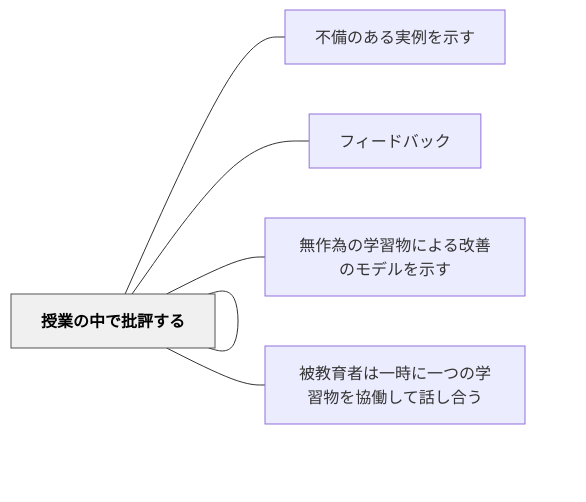
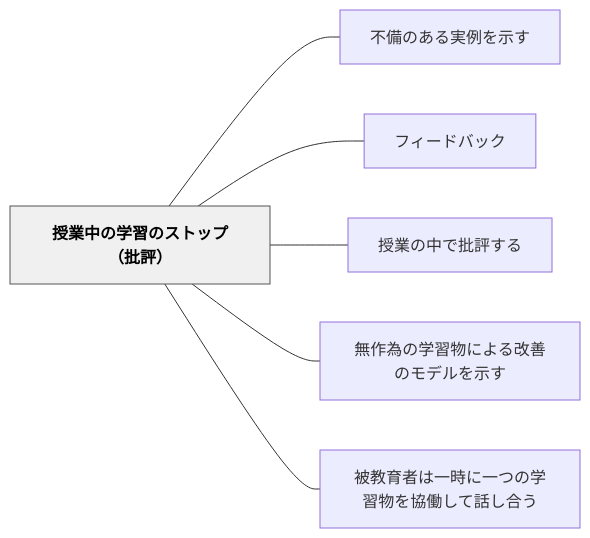
One commit to unknownthings-ed-patterns/unknownthings-ed-patterns changed the diagram in content/パタン/授業中の学習のストップ（批評）.md. Above: the diagram before and after it, drawn with Mermaid. The commit also changed 527 other files, not shown here.

````diff
--- a/content/パタン/授業中の学習のストップ（批評）.md
+++ b/content/パタン/授業中の学習のストップ（批評）.md
@@ -53,18 +53,18 @@
 ```mermaid
 flowchart LR
-    ne68e88e6a5ad["授業中の学習のストップ（批評）"]
-    ne4b88de58299["不備のある実例を示す"]
-    ne38395e382a3["フィードバック"]
-    ne68e88e6a5ad["授業の中で批評する"]
-    ne784a1e4bd9c["無作為の学習物による改善のモデルを示す"]
-    ne8a2abe69599["被教育者は一時に一つの学習物を協働して話し合う"]
+    ne68e88e6a5ade4b8ade381aee5ada6e7bf92e381aee382b9e38388e38383e38397efbc88e689b9e8a995efbc89["授業中の学習のストップ（批評）"]
+    ne4b88de58299e381aee38182e3828be5ae9fe4be8be38292e7a4bae38199["不備のある実例を示す"]
+    ne38395e382a3e383bce38389e38390e38383e382af["フィードバック"]
+    ne68e88e6a5ade381aee4b8ade381a7e689b9e8a995e38199e3828b["授業の中で批評する"]
+    ne784a1e4bd9ce782bae381aee5ada6e7bf92e789a9e381abe38288e3828be694b9e59684e381aee383a2e38387e383abe38292e7a4bae38199["無作為の学習物による改善のモデルを示す"]
+    ne8a2abe69599e882b2e88085e381afe4b880e69982e381abe4b880e381a4e381aee5ada6e7bf92e789a9e38292e58d94e5838de38197e381a6e8a9b1e38197e59088e38186["被教育者は一時に一つの学習物を協働して話し合う"]
 
-    ne68e88e6a5ad --- ne4b88de58299
-    ne68e88e6a5ad --- ne38395e382a3
-    ne68e88e6a5ad --- ne68e88e6a5ad
-    ne68e88e6a5ad --- ne784a1e4bd9c
-    ne68e88e6a5ad --- ne8a2abe69599
+    ne68e88e6a5ade4b8ade381aee5ada6e7bf92e381aee382b9e38388e38383e38397efbc88e689b9e8a995efbc89 --- ne4b88de58299e381aee38182e3828be5ae9fe4be8be38292e7a4bae38199
+    ne68e88e6a5ade4b8ade381aee5ada6e7bf92e381aee382b9e38388e38383e38397efbc88e689b9e8a995efbc89 --- ne38395e382a3e383bce38389e38390e38383e382af
+    ne68e88e6a5ade4b8ade381aee5ada6e7bf92e381aee382b9e38388e38383e38397efbc88e689b9e8a995efbc89 --- ne68e88e6a5ade381aee4b8ade381a7e689b9e8a995e38199e3828b
+    ne68e88e6a5ade4b8ade381aee5ada6e7bf92e381aee382b9e38388e38383e38397efbc88e689b9e8a995efbc89 --- ne784a1e4bd9ce782bae381aee5ada6e7bf92e789a9e381abe38288e3828be694b9e59684e381aee383a2e38387e383abe38292e7a4bae38199
+    ne68e88e6a5ade4b8ade381aee5ada6e7bf92e381aee382b9e38388e38383e38397efbc88e689b9e8a995efbc89 --- ne8a2abe69599e882b2e88085e381afe4b880e69982e381abe4b880e381a4e381aee5ada6e7bf92e789a9e38292e58d94e5838de38197e381a6e8a9b1e38197e59088e38186
 
     classDef hub fill:#f0f0f0,stroke:#555,color:#000,font-weight:bold
-    class ne68e88e6a5ad hub
+    class ne68e88e6a5ade4b8ade381aee5ada6e7bf92e381aee382b9e38388e38383e38397efbc88e689b9e8a995efbc89 hub
 ```
````
